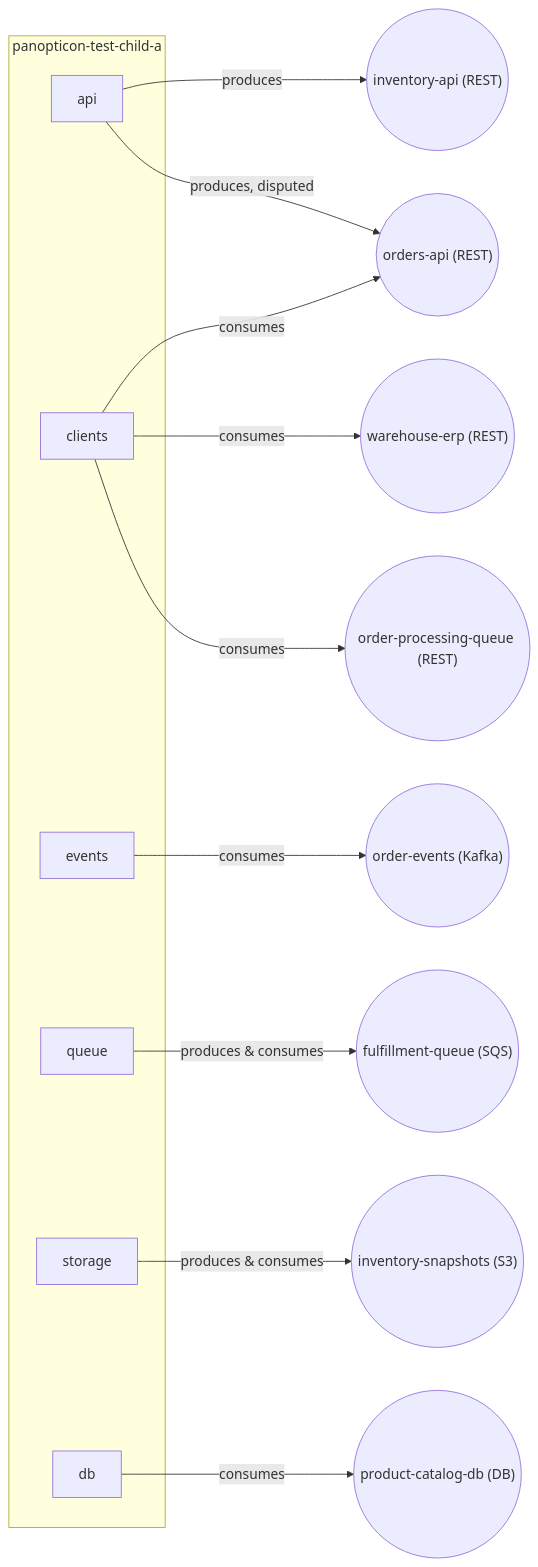
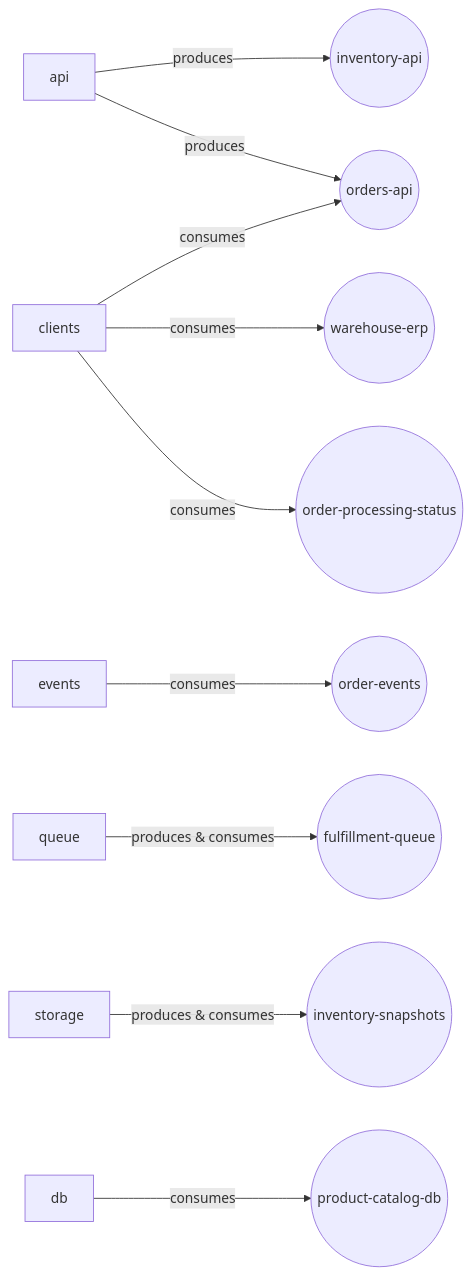
Before and after one commit to industrial-curiosity/panopticon-test-child-a: the diagram in docs/architecture.md, drawn with Mermaid. The commit also changed other lines of this file and 13 other files, not shown here.

````diff
--- a/docs/architecture.md
+++ b/docs/architecture.md
@@ -24,30 +21,12 @@
 ```mermaid
 graph LR
-    subgraph repo["panopticon-test-child-a"]
-        api["api"]
-        clients["clients"]
-        events["events"]
-        queue["queue"]
-        storage["storage"]
-        db["db"]
-    end
-
-    inventory_api(("inventory-api (REST)"))
-    orders_api(("orders-api (REST)"))
-    warehouse_erp(("warehouse-erp (REST)"))
-    order_processing(("order-processing-queue (REST)"))
-    order_events(("order-events (Kafka)"))
-    fulfillment_queue(("fulfillment-queue (SQS)"))
-    inventory_snapshots(("inventory-snapshots (S3)"))
-    product_catalog_db(("product-catalog-db (DB)"))
-
-    api -->|produces| inventory_api
-    api -->|produces, disputed| orders_api
+    api -->|produces| inventory_api((inventory-api))
+    api -->|produces| orders_api((orders-api))
     clients -->|consumes| orders_api
-    clients -->|consumes| warehouse_erp
-    clients -->|consumes| order_processing
-    events -->|consumes| order_events
-    queue -->|produces & consumes| fulfillment_queue
-    storage -->|produces & consumes| inventory_snapshots
-    db -->|consumes| product_catalog_db
+    clients -->|consumes| warehouse_erp((warehouse-erp))
+    clients -->|consumes| processing_status((order-processing-status))
+    events -->|consumes| order_events((order-events))
+    queue -->|produces & consumes| fulfillment_queue((fulfillment-queue))
+    storage -->|produces & consumes| inventory_snapshots((inventory-snapshots))
+    db -->|consumes| product_catalog_db((product-catalog-db))
 ```
````
